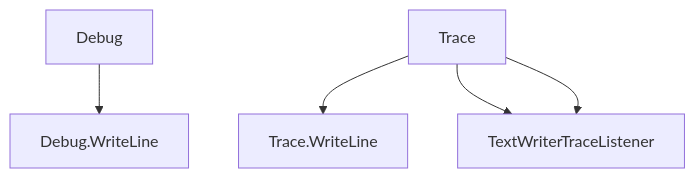
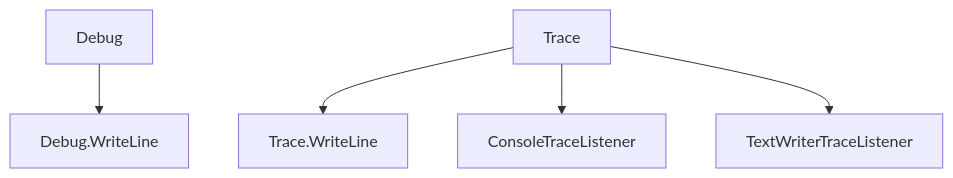
One commit to ARidwanW/Bootcamp-SE-FMLX changed the third of 3 diagrams in Week-4/Day-4/README.md. Above: the diagram before and after it, drawn with Mermaid.

Commit message:
Fix: graph Debug & Trace README W4D4

````diff
--- a/Week-4/Day-4/README.md
+++ b/Week-4/Day-4/README.md
@@ -75,7 +75,7 @@
         ```mermaid
         graph TD;
         Debug-->A[Debug.WriteLine];
         Trace-->B[Trace.WriteLine];
         Trace-->C[ConsoleTraceListener];
-        Trace-->C[TextWriterTraceListener];
+        Trace-->D[TextWriterTraceListener];
         ```
````
